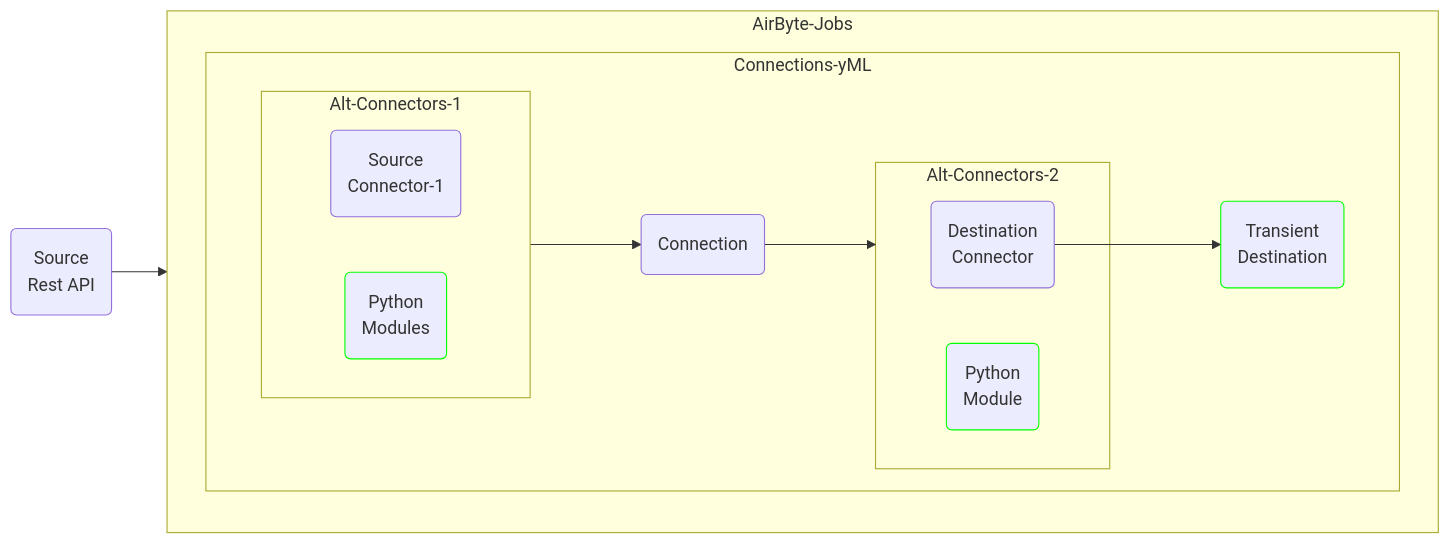
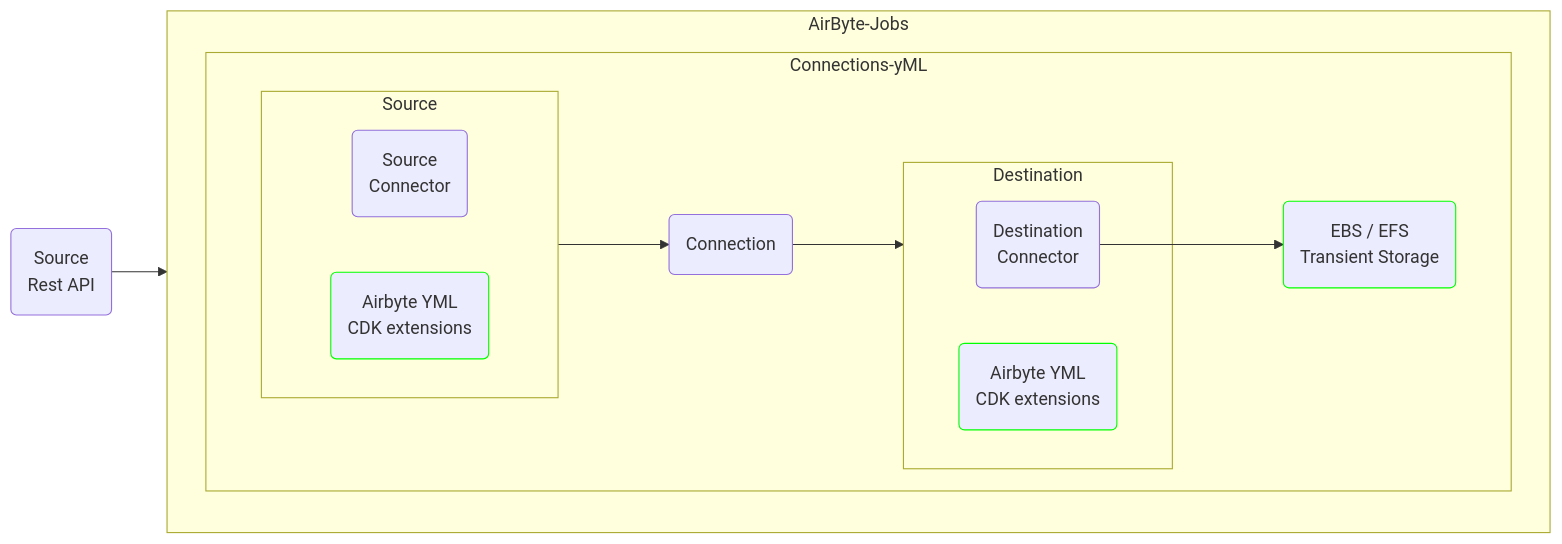
The first of 10 diagrams in README.md (peddadap/design_templates), drawn with Mermaid before and after one commit. The commit also changed other lines of this file, not shown here.

````diff
--- a/README.md
+++ b/README.md
@@ -58,25 +67,25 @@
 ```mermaid
 flowchart LR
    A1(Source \n Rest API)
     subgraph AirByte-Jobs
         subgraph Connections-yML 
-            subgraph Alt-Connectors-1
-                A2(Source \n Connector-1)
-                A2.1(Python \n Modules):::module
+            subgraph Source
+                A2(Source \n Connector)
+                A2.1(Airbyte YML \n CDK extensions):::module
             end
             A3(Connection)
-            subgraph Alt-Connectors-2
+            subgraph Destination
                 A4(Destination \n Connector)
-                A4.1(Python \n Module):::module
+                A4.1(Airbyte YML \n CDK extensions):::module
             end
-            A5(Transient \n Destination):::module
+            A5( EBS / EFS \n Transient Storage):::module
         end
     end
     classDef module stroke:#0f0
     A1-->AirByte-Jobs
-    Alt-Connectors-1-->A3
-    A3-->Alt-Connectors-2
+    Source-->A3
+    A3-->Destination
     A4-->A5
 
 
 ```
````
